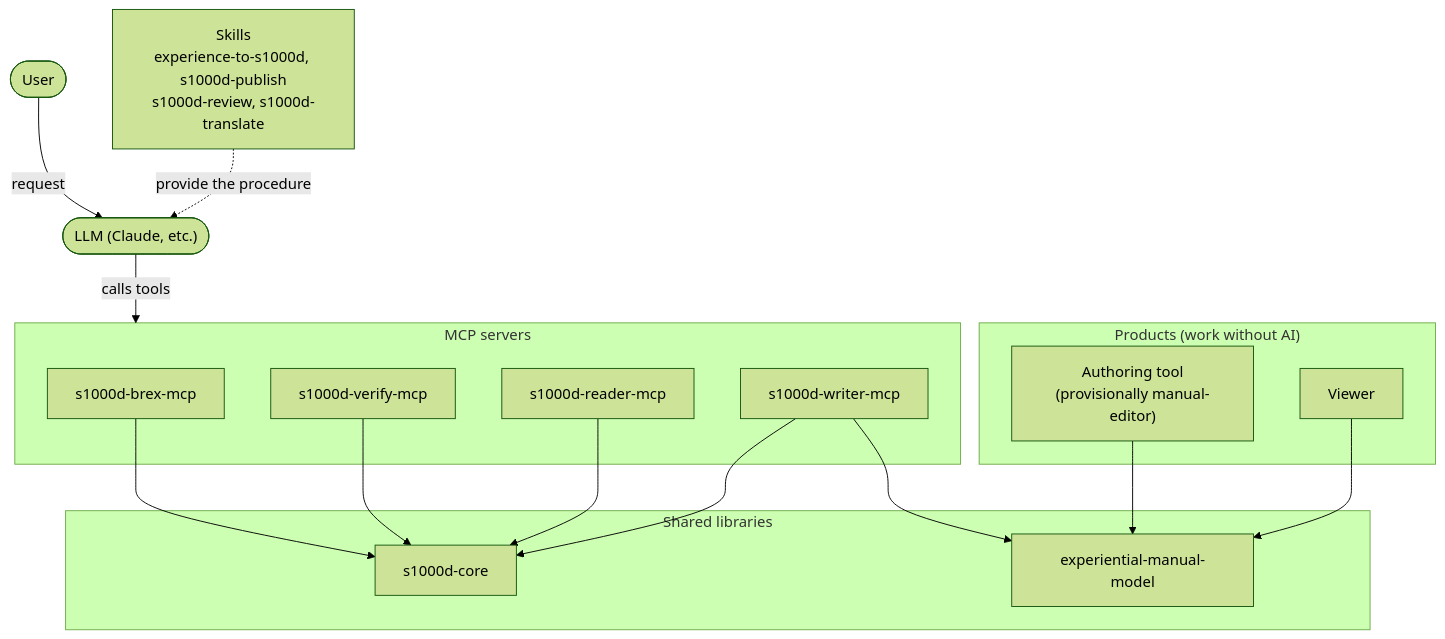
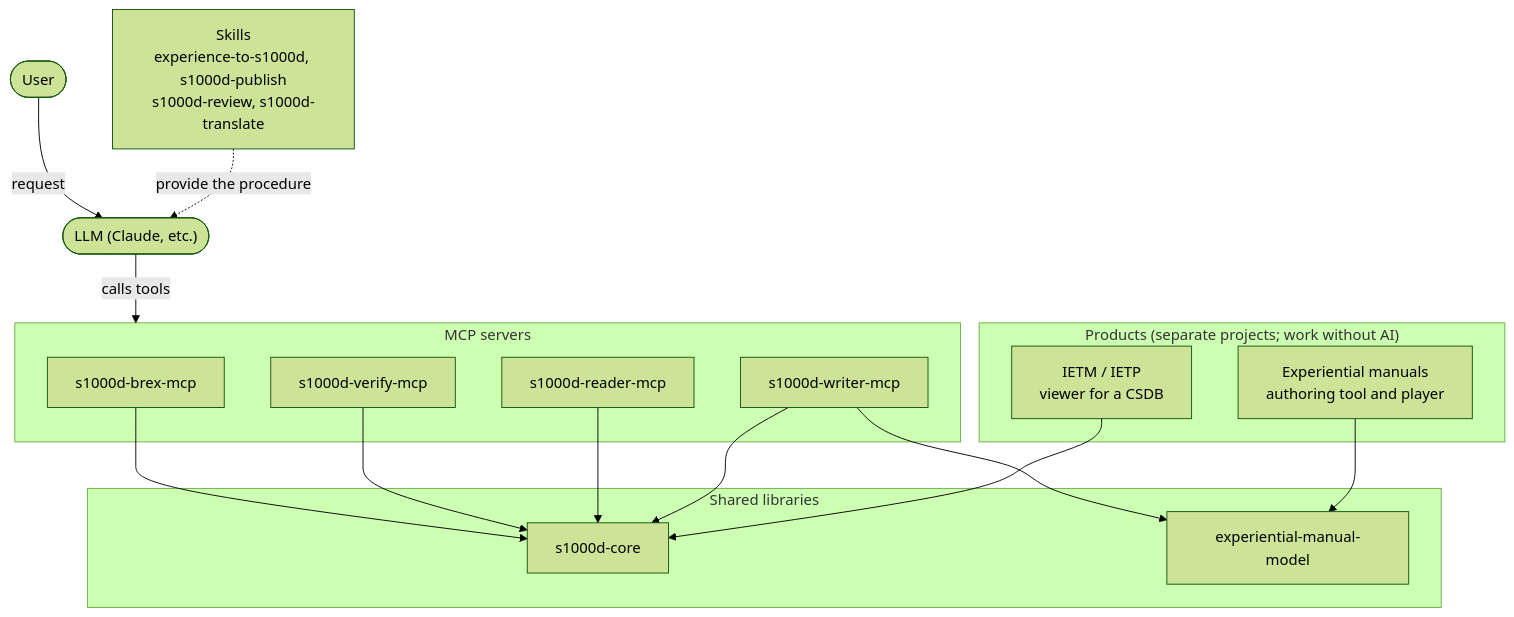
The diagram in site/src/content/docs/guide/architecture.md (shuji-bonji/s1000d-stack), drawn with Mermaid (forest theme) before and after one commit. The commit also changed other lines of this file and 9 other files, not shown here.

````diff
--- a/site/src/content/docs/guide/architecture.md
+++ b/site/src/content/docs/guide/architecture.md
@@ -8,27 +8,27 @@
 ```mermaid
 flowchart TB
   U(["User"]) -->|request| LLM(["LLM (Claude, etc.)"])
   SK["Skills<br/>experience-to-s1000d, s1000d-publish<br/>s1000d-review, s1000d-translate"] -. provide the procedure .-> LLM
   LLM -->|calls tools| Mcp
   subgraph Mcp["MCP servers"]
     BREX["s1000d-brex-mcp"]
     V["s1000d-verify-mcp"]
     R["s1000d-reader-mcp"]
     W["s1000d-writer-mcp"]
   end
   subgraph Lib["Shared libraries"]
     CORE["s1000d-core"]
     MODEL["experiential-manual-model"]
   end
-  subgraph App["Products (work without AI)"]
-    ED["Authoring tool<br/>(provisionally manual-editor)"]
-    VW["Viewer"]
+  subgraph Products["Products (separate projects; work without AI)"]
+    XM["Experiential manuals<br/>authoring tool and player"]
+    IETP["IETM / IETP<br/>viewer for a CSDB"]
   end
   BREX --> CORE
   V --> CORE
   R --> CORE
   W --> CORE
   W --> MODEL
-  ED --> MODEL
-  VW --> MODEL
+  XM --> MODEL
+  IETP --> CORE
 ```
````
